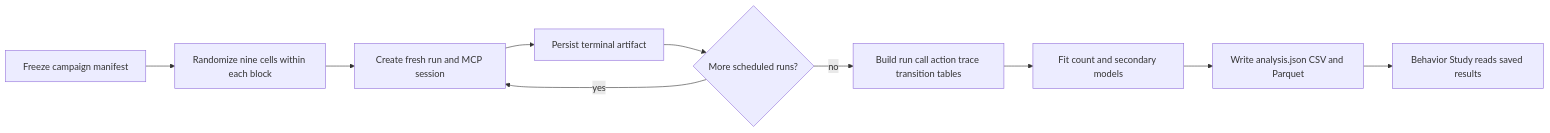
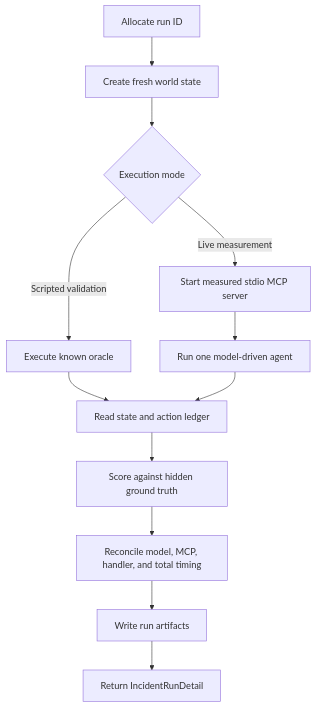
The second of 2 diagrams in docs/CODE_FLOW.md (madhavpr191221/agentic-ai-statistics), drawn with Mermaid before and after one commit. The commit also changed other lines of this file and 77 other files, not shown here.

````diff
--- a/docs/CODE_FLOW.md
+++ b/docs/CODE_FLOW.md
@@ -995,12 +57,14 @@
 ```mermaid
-flowchart LR
-    A[Freeze campaign manifest] --> B[Randomize nine cells within each block]
-    B --> C[Create fresh run and MCP session]
-    C --> D[Persist terminal artifact]
-    D --> E{More scheduled runs?}
-    E -->|yes| C
-    E -->|no| F[Build run call action trace transition tables]
-    F --> G[Fit count and secondary models]
-    G --> H[Write analysis.json CSV and Parquet]
-    H --> I[Behavior Study reads saved results]
+flowchart TD
+    A[Allocate run ID] --> B[Create fresh world state]
+    B --> C{Execution mode}
+    C -->|Scripted validation| D[Execute known oracle]
+    C -->|Live measurement| E[Start measured stdio MCP server]
+    E --> F[Run one model-driven agent]
+    D --> G[Read state and action ledger]
+    F --> G
+    G --> H[Score against hidden ground truth]
+    H --> I[Reconcile model, MCP, handler, and total timing]
+    I --> J[Write run artifacts]
+    J --> K[Return IncidentRunDetail]
 ```
````
